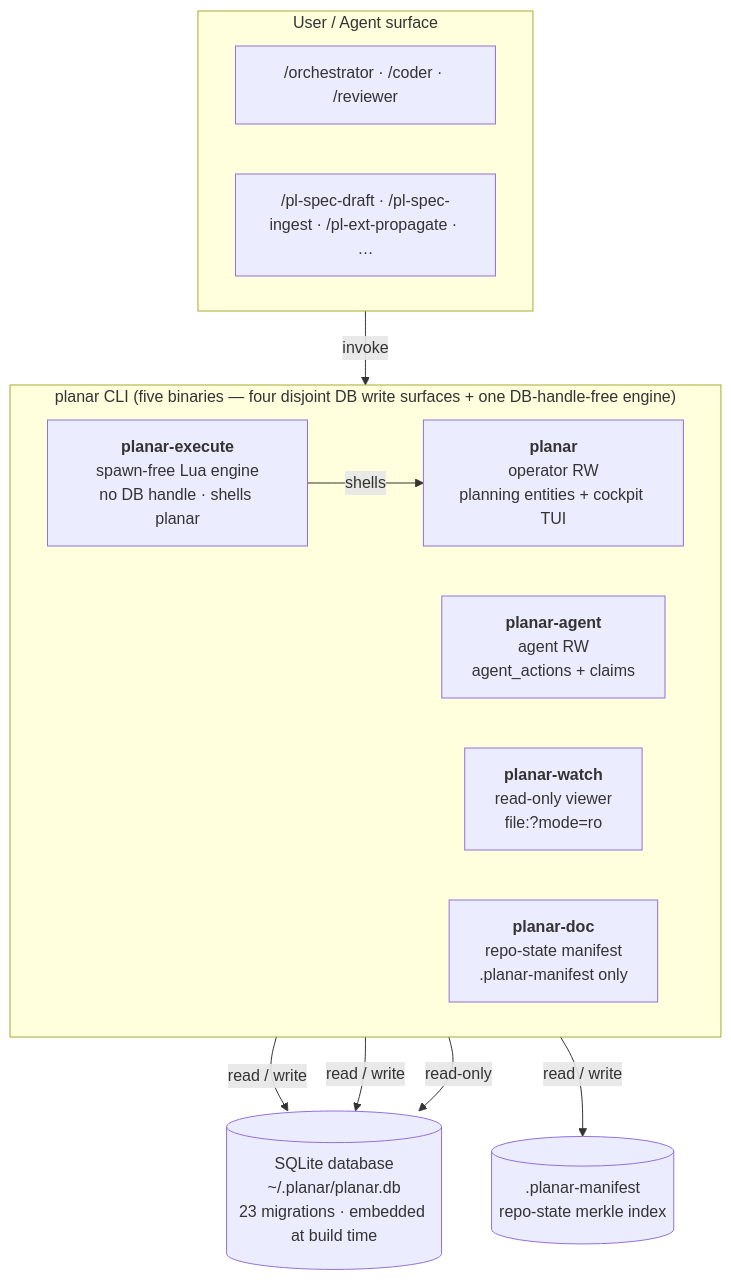
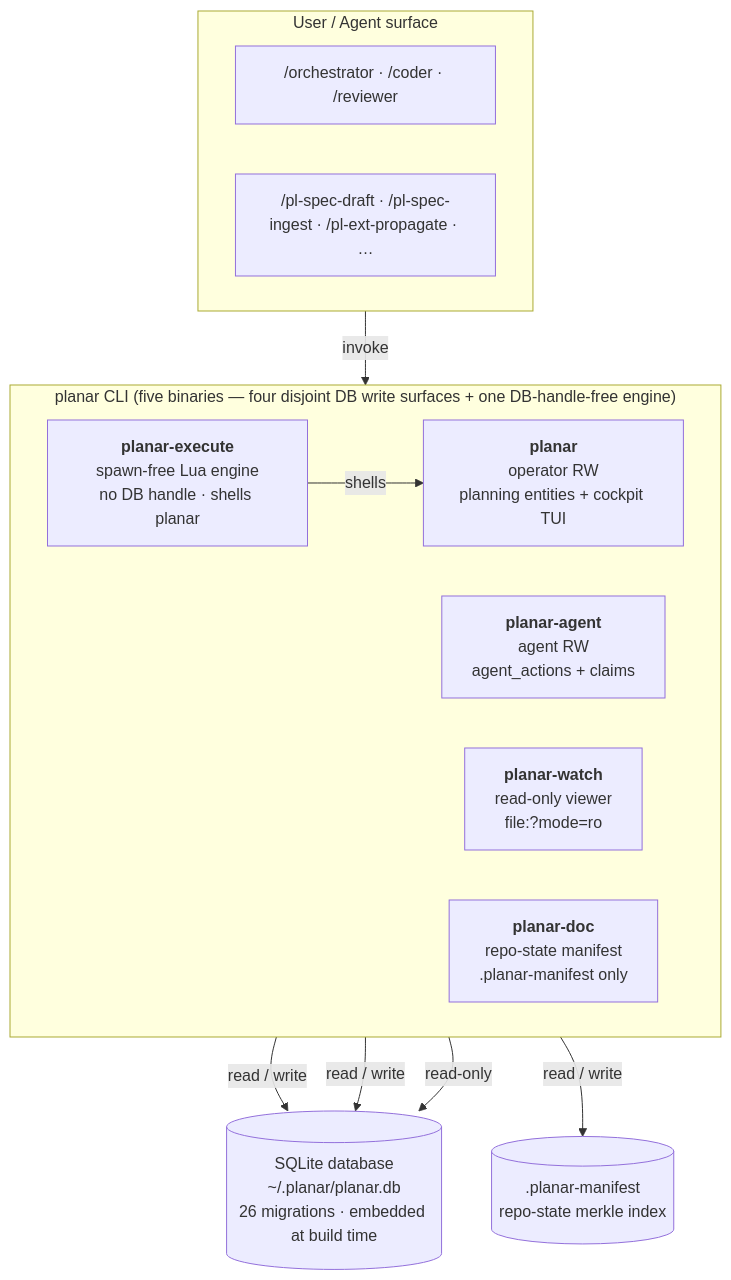
Before and after one commit to rdrsss/planar: the first of 2 diagrams in docs/architecture.md, drawn with Mermaid. The commit also changed 4 other files, not shown here.

````diff
--- a/docs/architecture.md
+++ b/docs/architecture.md
@@ -11,27 +11,27 @@
 ```mermaid
 flowchart TD
     subgraph Surface["User / Agent surface"]
         direction LR
         S1["/orchestrator · /coder · /reviewer"]
         S2["/pl-spec-draft · /pl-spec-ingest · /pl-ext-propagate · …"]
     end
 
     subgraph Binaries["planar CLI (five binaries — four disjoint DB write surfaces + one DB-handle-free engine)"]
         direction LR
         B1["<b>planar</b><br/>operator RW<br/>planning entities + cockpit TUI"]
         B2["<b>planar-agent</b><br/>agent RW<br/>agent_actions + claims"]
         B3["<b>planar-watch</b><br/>read-only viewer<br/>file:?mode=ro"]
         B4["<b>planar-doc</b><br/>repo-state manifest<br/>.planar-manifest only"]
         B5["<b>planar-execute</b><br/>spawn-free Lua engine<br/>no DB handle · shells planar"]
     end
 
-    DB[("SQLite database<br/>~/.planar/planar.db<br/>23 migrations · embedded at build time")]
+    DB[("SQLite database<br/>~/.planar/planar.db<br/>26 migrations · embedded at build time")]
     MF[(".planar-manifest<br/>repo-state merkle index")]
 
     Surface -->|invoke| Binaries
     B1 -->|read / write| DB
     B2 -->|read / write| DB
     B3 -->|read-only| DB
     B4 -->|read / write| MF
     B5 -->|shells| B1
 ```
````
